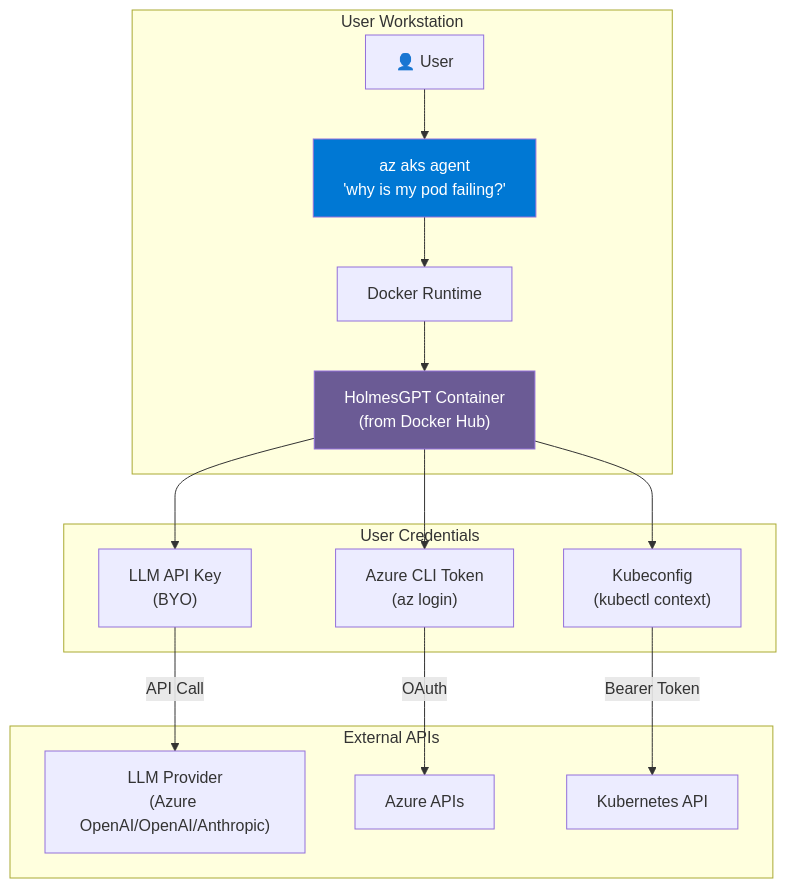
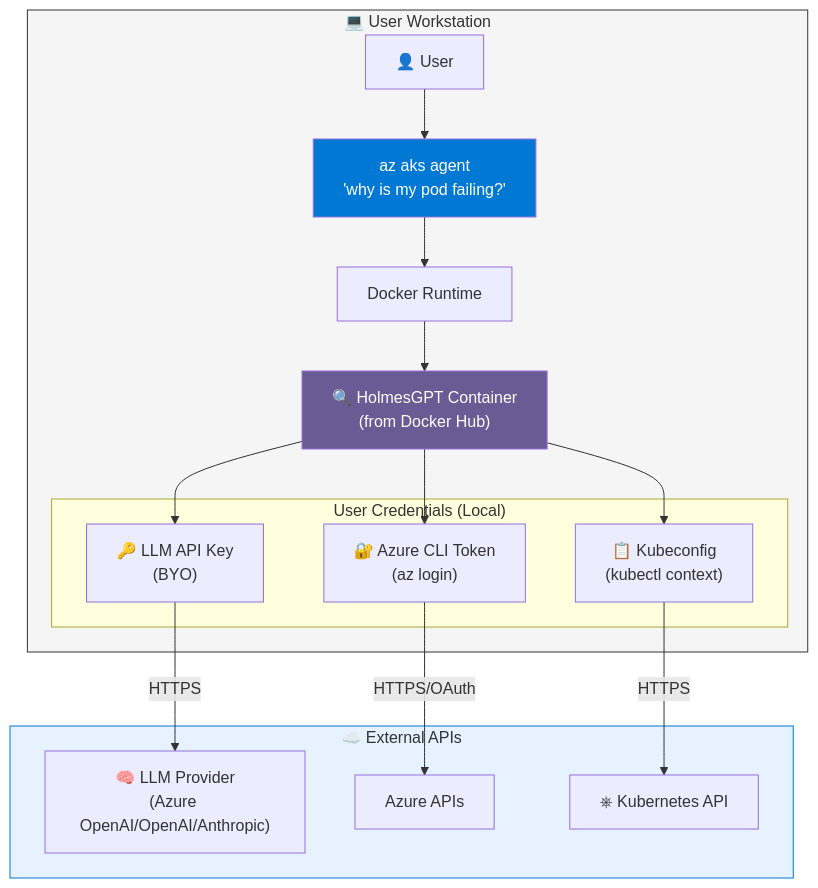
One commit to srinman/platform-engineering changed the tenth of 12 diagrams in platform-agentic-ai-enhanced.md. Above: the diagram before and after it, drawn with Mermaid. The commit also changed other lines of this file, not shown here.

Commit message:
updated with additional content/context

````diff
--- a/platform-agentic-ai-enhanced.md
+++ b/platform-agentic-ai-enhanced.md
@@ -546,34 +650,36 @@
 ```mermaid
 flowchart TB
-    subgraph "User Workstation"
+    subgraph DESKTOP["💻 User Workstation"]
         USER["👤 User"]
         AZ_CLI_CMD["az aks agent<br/>'why is my pod failing?'"]
         DOCKER["Docker Runtime"]
-        HOLMES["HolmesGPT Container<br/>(from Docker Hub)"]
+        HOLMES["🔍 HolmesGPT Container<br/>(from Docker Hub)"]
+        
+        subgraph "User Credentials (Local)"
+            AZ_CRED["🔐 Azure CLI Token<br/>(az login)"]
+            KUBE_CRED["📋 Kubeconfig<br/>(kubectl context)"]
+            LLM_KEY["🔑 LLM API Key<br/>(BYO)"]
+        end
     end
     
-    subgraph "User Credentials"
-        AZ_CRED["Azure CLI Token<br/>(az login)"]
-        KUBE_CRED["Kubeconfig<br/>(kubectl context)"]
-        LLM_KEY["LLM API Key<br/>(BYO)"]
-    end
-    
-    subgraph "External APIs"
-        LLM_API["LLM Provider<br/>(Azure OpenAI/OpenAI/Anthropic)"]
+    subgraph EXTERNAL["☁️ External APIs"]
+        LLM_API["🧠 LLM Provider<br/>(Azure OpenAI/OpenAI/Anthropic)"]
         AZURE_API["Azure APIs"]
-        K8S_API["Kubernetes API"]
+        K8S_API["⎈ Kubernetes API"]
     end
     
     USER --> AZ_CLI_CMD
     AZ_CLI_CMD --> DOCKER
     DOCKER --> HOLMES
     HOLMES --> AZ_CRED
     HOLMES --> KUBE_CRED
     HOLMES --> LLM_KEY
-    AZ_CRED -->|"OAuth"| AZURE_API
-    KUBE_CRED -->|"Bearer Token"| K8S_API
-    LLM_KEY -->|"API Call"| LLM_API
+    AZ_CRED -->|"HTTPS/OAuth"| AZURE_API
+    KUBE_CRED -->|"HTTPS"| K8S_API
+    LLM_KEY -->|"HTTPS"| LLM_API
     
+    style DESKTOP fill:#f5f5f5,stroke:#333
+    style EXTERNAL fill:#e6f2ff,stroke:#0078D4
     style HOLMES fill:#6B5B95,color:white
     style AZ_CLI_CMD fill:#0078D4,color:white
 ```
````
